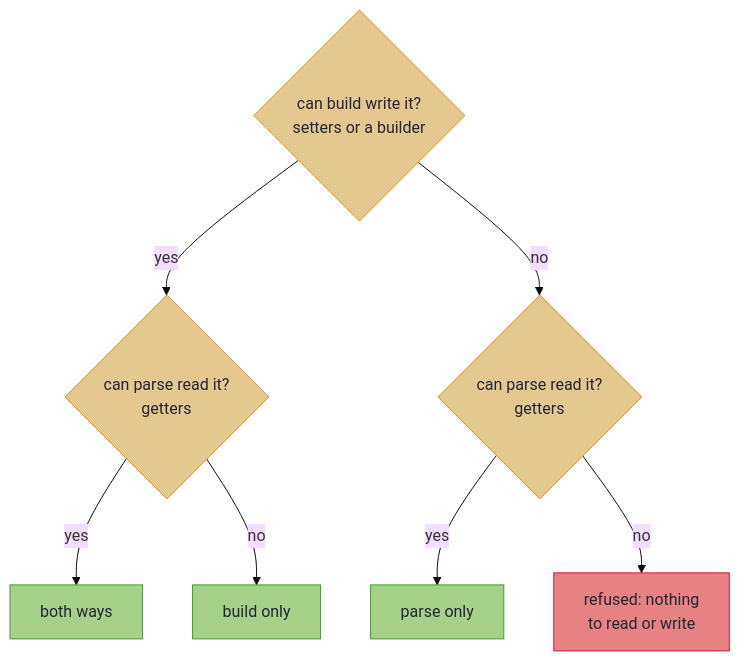
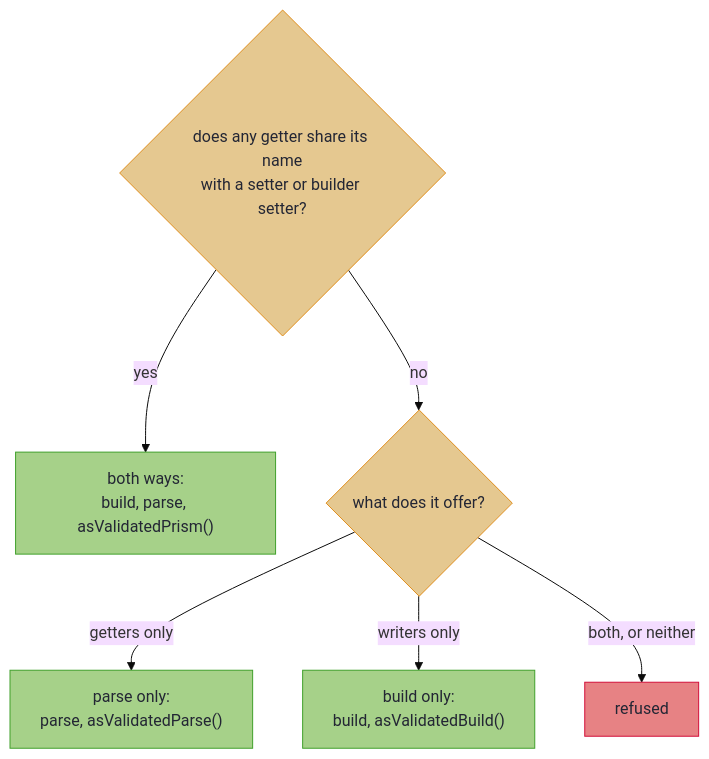
The diagram in hkj-book/src/mapping/beans.md (higher-kinded-j/higher-kinded-j), drawn with Mermaid (base theme) before and after one commit. The commit also changed other lines of this file and 7 other files, not shown here.

````diff
--- a/hkj-book/src/mapping/beans.md
+++ b/hkj-book/src/mapping/beans.md
@@ -148,18 +137,17 @@
 ```mermaid
 flowchart TD
     accTitle: Which way a bean maps
-    accDescr: If build can write the bean, through setters or a builder, and parse can read it through getters, it maps both ways. If only build can, it is build-only. If only parse can, it is parse-only. If neither can, the processor refuses it.
-    W{"can build write it?<br/>setters or a builder"} -->|yes| R1{"can parse read it?<br/>getters"}
-    W -->|no| R2{"can parse read it?<br/>getters"}
-    R1 -->|yes| B["both ways"]
-    R1 -->|no| BO["build only"]
-    R2 -->|yes| PO["parse only"]
-    R2 -->|no| X["refused: nothing<br/>to read or write"]
+    accDescr: A bean maps both ways when any getter shares its name with a writer. Otherwise a bean with only getters maps parse-only, one with only writers maps build-only, and one with both but no shared name, or with neither, is refused.
+    P{"does any getter share its name<br/>with a setter or builder setter?"} -->|yes| B["both ways:<br/>build, parse, asValidatedPrism()"]
+    P -->|no| G{"what does it offer?"}
+    G -->|getters only| PO["parse only:<br/>parse, asValidatedParse()"]
+    G -->|writers only| BO["build only:<br/>build, asValidatedBuild()"]
+    G -->|"both, or neither"| X["refused"]
 
     classDef decision fill:#e5c890,stroke:#df8e1d,color:#232634
     classDef tier fill:#a6d189,stroke:#40a02b,color:#232634
     classDef error fill:#e78284,stroke:#d20f39,color:#232634
-    class W,R1,R2 decision
-    class B,BO,PO tier
+    class P,G decision
+    class B,PO,BO tier
     class X error
 ```
````
